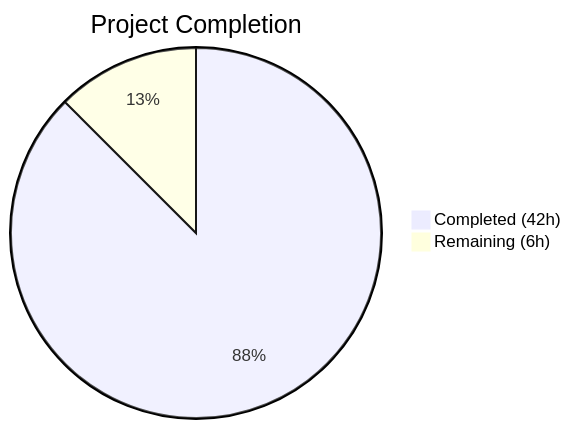
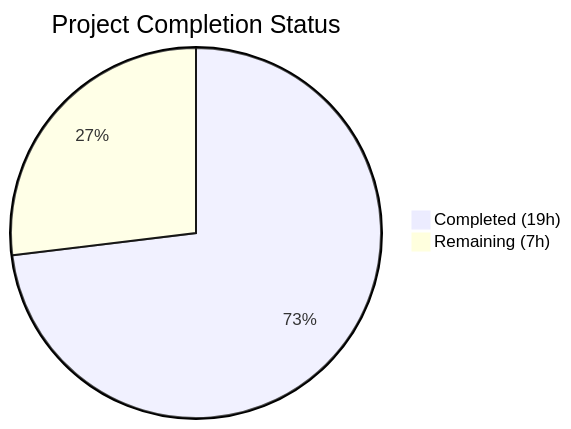
One commit to TestadoBlitzy/Existing-product changed the first of 2 diagrams in blitzy/documentation/Project Guide.md. Above: the diagram before and after it, drawn with Mermaid. The commit also changed other lines of this file, not shown here.

Commit message:
Adding Blitzy Project Guide: Project Status and Human Tasks Remaining

````diff
--- a/blitzy/documentation/Project Guide.md
+++ b/blitzy/documentation/Project Guide.md
@@ -13,5 +11,5 @@
 ```mermaid
-pie title Project Completion
-    "Completed (42h)" : 42
-    "Remaining (6h)" : 6
+pie title Project Completion Status
+    "Completed (19h)" : 19
+    "Remaining (7h)" : 7
 ```
````
